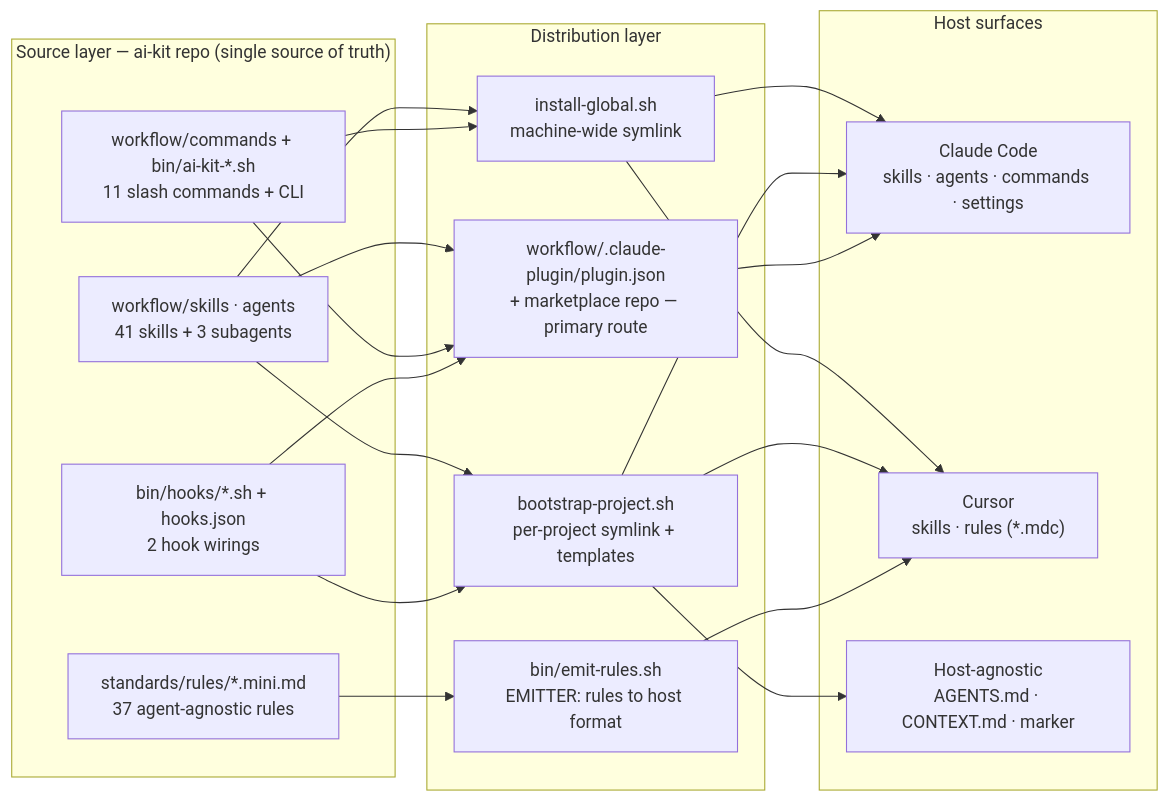
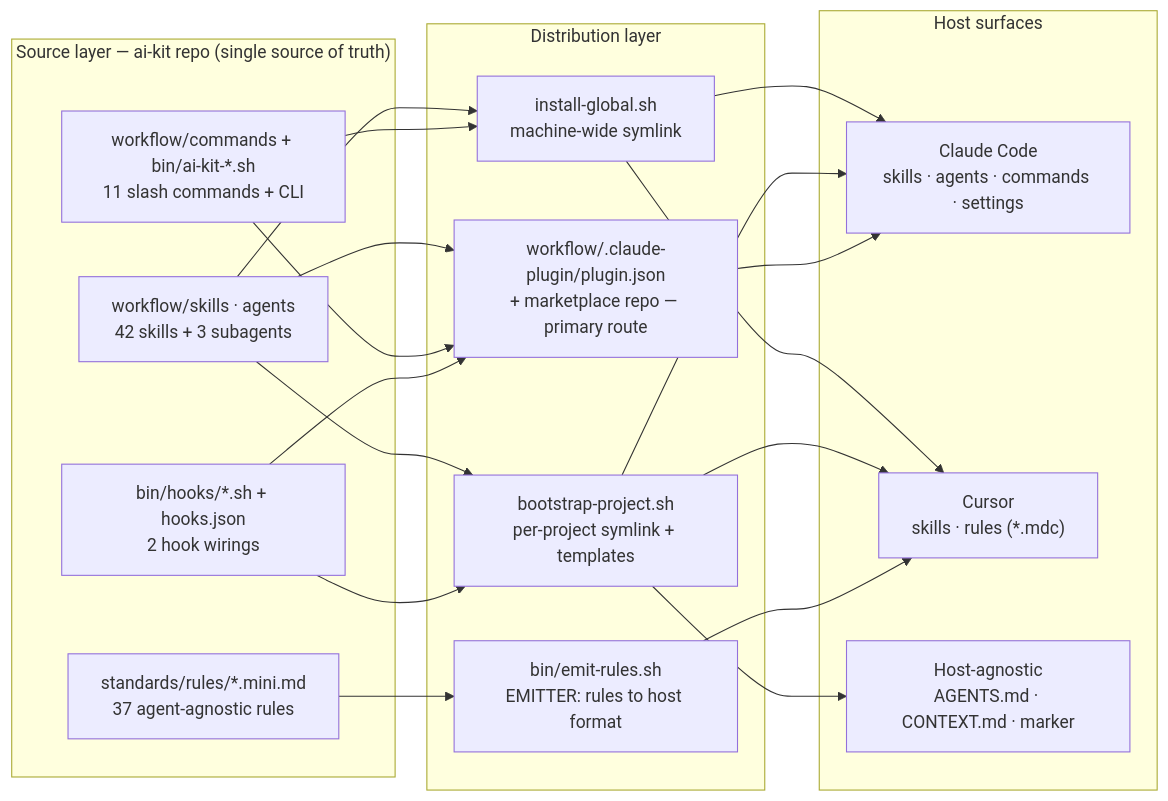
One commit to yusufkaracaburun/ai-kit changed the first of 2 diagrams in docs/diagrams.md. Above: the diagram before and after it, drawn with Mermaid. The commit also changed 18 other files, not shown here.

````diff
--- a/docs/diagrams.md
+++ b/docs/diagrams.md
@@ -10,32 +10,32 @@
 ```mermaid
 flowchart LR
   subgraph SRC["Source layer — ai-kit repo (single source of truth)"]
-    SA["workflow/skills · agents<br/>41 skills + 3 subagents"]
+    SA["workflow/skills · agents<br/>42 skills + 3 subagents"]
     CB["workflow/commands + bin/ai-kit-*.sh<br/>11 slash commands + CLI"]
     H["bin/hooks/*.sh + hooks.json<br/>2 hook wirings"]
     R["standards/rules/*.mini.md<br/>37 agent-agnostic rules"]
   end
 
   subgraph DIST["Distribution layer"]
     IG["install-global.sh<br/>machine-wide symlink"]
     PL["workflow/.claude-plugin/plugin.json<br/>+ marketplace repo — primary route"]
     BP["bootstrap-project.sh<br/>per-project symlink + templates"]
     ER["bin/emit-rules.sh<br/>EMITTER: rules to host format"]
   end
 
   subgraph HOSTS["Host surfaces"]
     CC["Claude Code<br/>skills · agents · commands · settings"]
     CU["Cursor<br/>skills · rules (*.mdc)"]
     HA["Host-agnostic<br/>AGENTS.md · CONTEXT.md · marker"]
   end
 
   SA --> IG & BP & PL
   CB --> IG & PL
   H --> PL & BP
   R --> ER
 
   IG --> CC & CU
   BP --> CC & CU & HA
   PL --> CC
   ER --> CU
 ```
````
